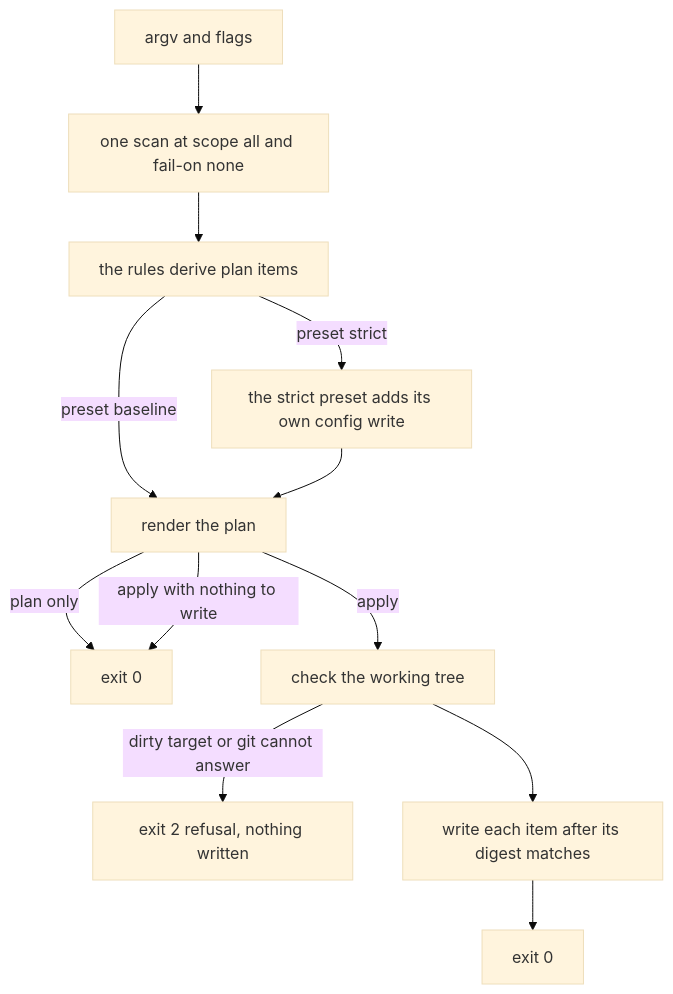
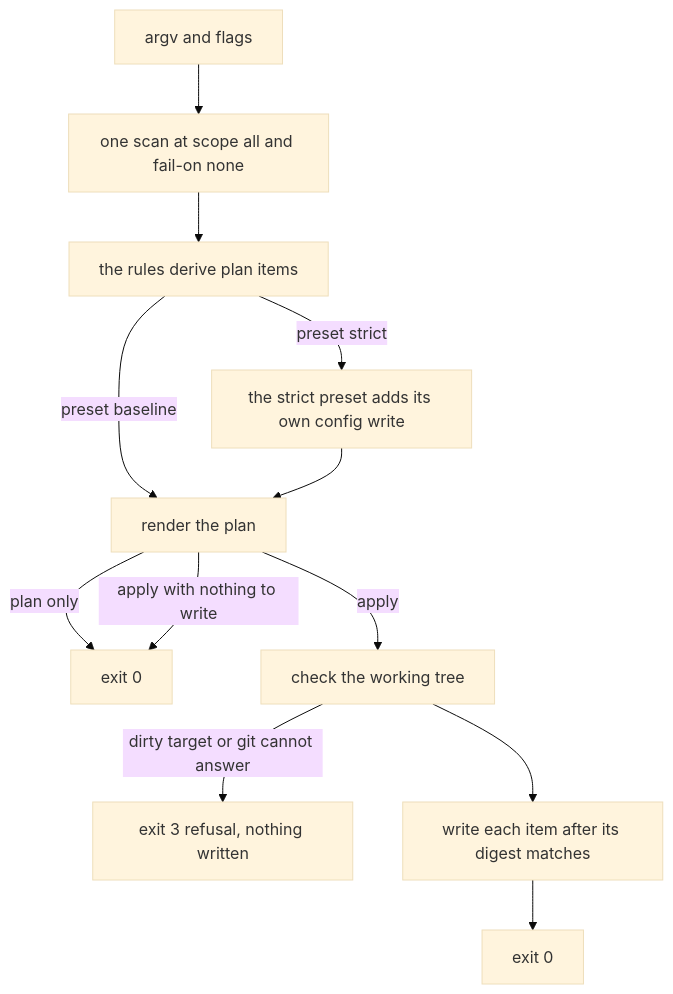
One commit to MaxGB23/funky-secure changed the third of 8 diagrams in docs/architecture.md. Above: the diagram before and after it, drawn with Mermaid (base theme). The commit also changed other lines of this file and 60 other files, not shown here.

````diff
--- a/docs/architecture.md
+++ b/docs/architecture.md
@@ -89,14 +89,14 @@
 ```mermaid
 flowchart TD
   a["argv and flags"] --> b["one scan at scope all and fail-on none"]
   b --> c["the rules derive plan items"]
   c -->|"preset strict"| d["the strict preset adds its own config write"]
   c -->|"preset baseline"| e["render the plan"]
   d --> e
   e -->|"plan only"| f["exit 0"]
   e -->|"apply with nothing to write"| f
   e -->|"apply"| g["check the working tree"]
-  g -->|"dirty target or git cannot answer"| z["exit 2 refusal, nothing written"]
+  g -->|"dirty target or git cannot answer"| z["exit 3 refusal, nothing written"]
   g --> h["write each item after its digest matches"]
   h --> i["exit 0"]
 ```
````
